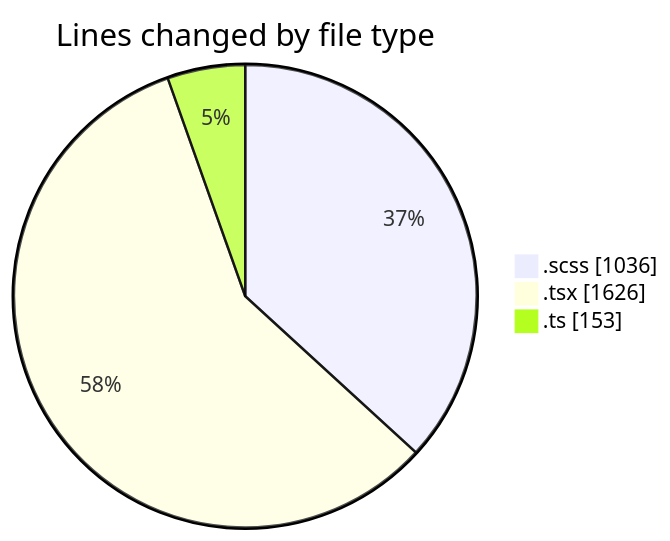
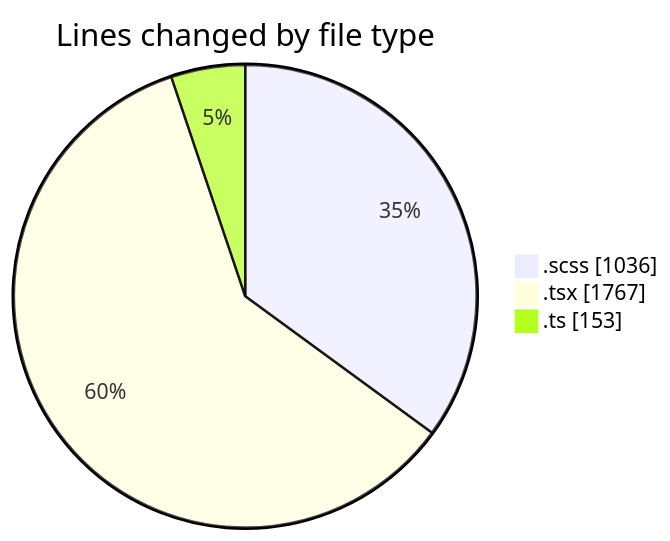
One commit to momahboobian/code-tracking changed the first of 2 diagrams in 2025-03-28/cda/README.md. Above: the diagram before and after it, drawn with Mermaid. The commit also changed other lines of this file and 1 other file, not shown here.

````diff
--- a/2025-03-28/cda/README.md
+++ b/2025-03-28/cda/README.md
@@ -27,7 +28,7 @@
 ```mermaid
 pie showData
 title Lines changed by file type
 ".scss" : 1036
-".tsx" : 1626
+".tsx" : 1767
 ".ts" : 153
 ```
````
